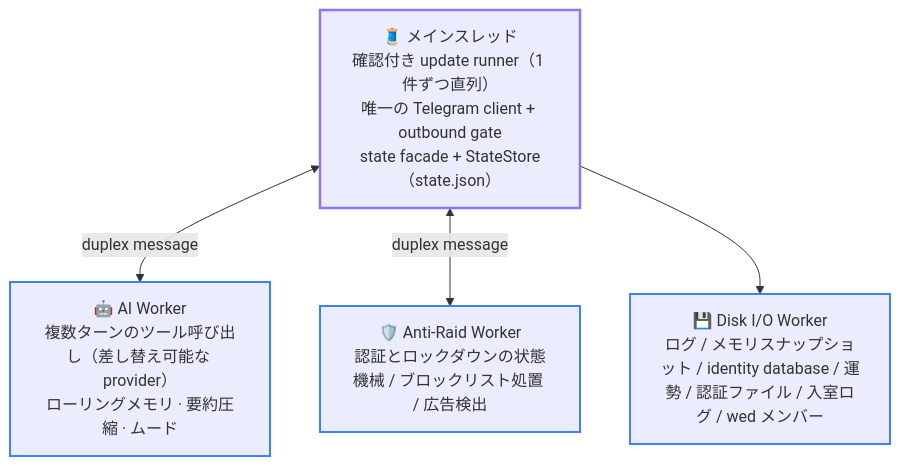
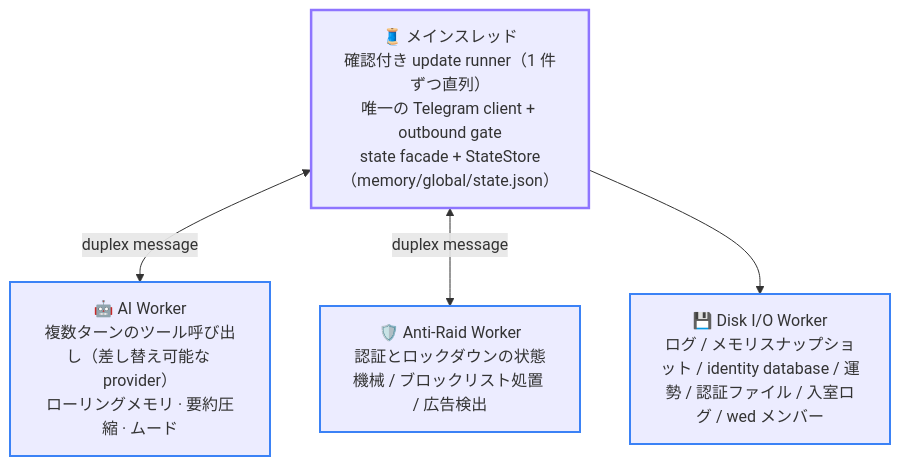
One commit to Asashishi/copy_ninjia changed the first of 2 diagrams in docs/ja/02-architecture.md. Above: the diagram before and after it, drawn with Mermaid. The commit also changed other lines of this file and 364 other files, not shown here.

````diff
--- a/docs/ja/02-architecture.md
+++ b/docs/ja/02-architecture.md
@@ -17,14 +17,14 @@
 ```mermaid
 flowchart TD
     classDef main stroke:#8e75ff,stroke-width:2.5px;
     classDef worker stroke:#3b82f6,stroke-width:2px;
 
-    MAIN["🧵 メインスレッド<br/>確認付き update runner（1 件ずつ直列）<br/>唯一の Telegram client + outbound gate<br/>state facade + StateStore（state.json）"]:::main
+    MAIN["🧵 メインスレッド<br/>確認付き update runner（1 件ずつ直列）<br/>唯一の Telegram client + outbound gate<br/>state facade + StateStore（memory/global/state.json）"]:::main
     AI["🤖 AI Worker<br/>複数ターンのツール呼び出し（差し替え可能な provider）<br/>ローリングメモリ · 要約圧縮 · ムード"]:::worker
     RAID["🛡️ Anti-Raid Worker<br/>認証とロックダウンの状態機械 / ブロックリスト処置 / 広告検出"]:::worker
     DISK["💾 Disk I/O Worker<br/>ログ / メモリスナップショット / identity database / 運勢 / 認証ファイル / 入室ログ / wed メンバー"]:::worker
 
     MAIN <-->|duplex message| AI
     MAIN <-->|duplex message| RAID
     MAIN --> DISK
 ```
````
